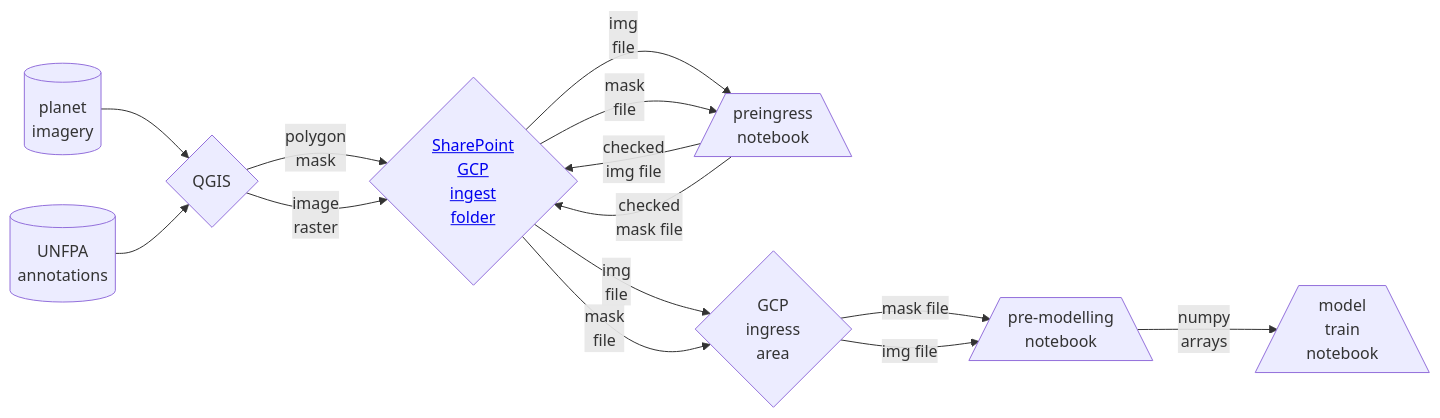
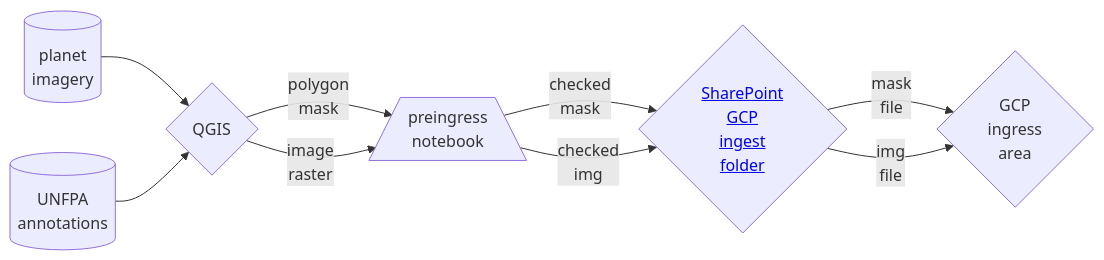
Before and after one commit to datasciencecampus/somalia_census_support_public_application: the first of 2 diagrams in README.md, drawn with Mermaid. The commit also changed other lines of this file, not shown here.

Commit message:
Updated workflow in README.md

````diff
--- a/README.md
+++ b/README.md
@@ -26,16 +26,11 @@
 ```mermaid
 flowchart LR
     imagery[(planet<br>imagery)]-->qgis{QGIS}
     unfpa[(UNFPA<br>annotations)] -->qgis
-    qgis-->|polygon<br>mask|sharepoint{<a href='https://officenationalstatistics.sharepoint.com/:f:/r/sites/dscdsc/Pro/2.%20Squads/International_Development/Data%20Science%20Projects/2.%20Data%20Science%20Research%20Projects/Somalia_UNFPA_census_support/Data/GCP%20ingress%20folder?csf=1&web=1&e=Pv6Icv'>SharePoint<br>GCP<br>ingest<br>folder</a>}
-    qgis-->|image<br>raster|sharepoint
-    sharepoint-->|img<br>file|preingress[/preingress<br>notebook\]
-    sharepoint-->|mask<br>file|preingress
-    preingress-->|checked<br>img file|sharepoint
-    preingress-->|checked<br>mask file|sharepoint
-    sharepoint-->|img<br>file|ingress{GCP<br>ingress<br>area}
-    sharepoint-->|mask<br>file|ingress
-    ingress-->|mask file|processing[/pre-modelling<br>notebook\]
-    ingress-->|img file|processing
-    processing-->|numpy<br>arrays|train[/model<br>train<br>notebook\]
+    qgis-->|polygon<br>mask|preingress[/preingress<br>notebook\]
+    qgis-->|image<br>raster|preingress
+    preingress-->|checked<br>mask|sharepoint
+    preingress-->|checked<br>img|sharepoint{<a href='https://officenationalstatistics.sharepoint.com/:f:/r/sites/dscdsc/Pro/2.%20Squads/International_Development/Data%20Science%20Projects/2.%20Data%20Science%20Research%20Projects/Somalia_UNFPA_census_support/Data/GCP%20ingress%20folder?csf=1&web=1&e=Pv6Icv'>SharePoint<br>GCP<br>ingest<br>folder</a>}
+    sharepoint-->|mask<br>file|ingress{GCP<br>ingress<br>area}
+    sharepoint-->|img<br>file|ingress
 ```
````
